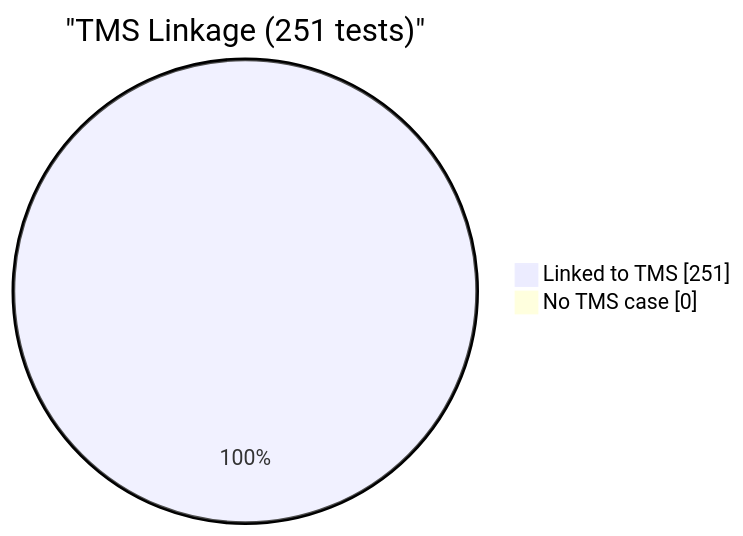
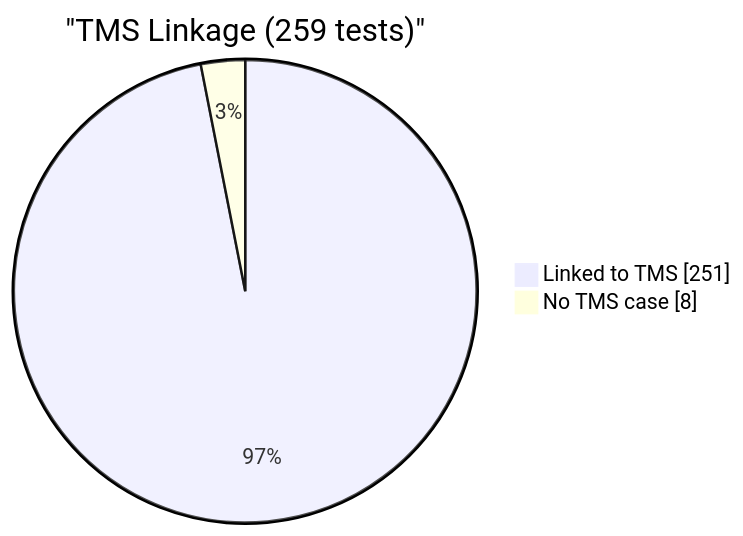
The fourth of 6 diagrams in reports/dashboard.md (EliteaAI/onetest-ai-tm-Elitea), drawn with Mermaid before and after one commit. The commit also changed other lines of this file and 1 other file, not shown here.

````diff
--- a/reports/dashboard.md
+++ b/reports/dashboard.md
@@ -66,6 +77,6 @@
 ```mermaid
 pie showData
-    title "TMS Linkage (251 tests)"
+    title "TMS Linkage (259 tests)"
     "Linked to TMS" : 251
-    "No TMS case" : 0
+    "No TMS case" : 8
 ```
````
